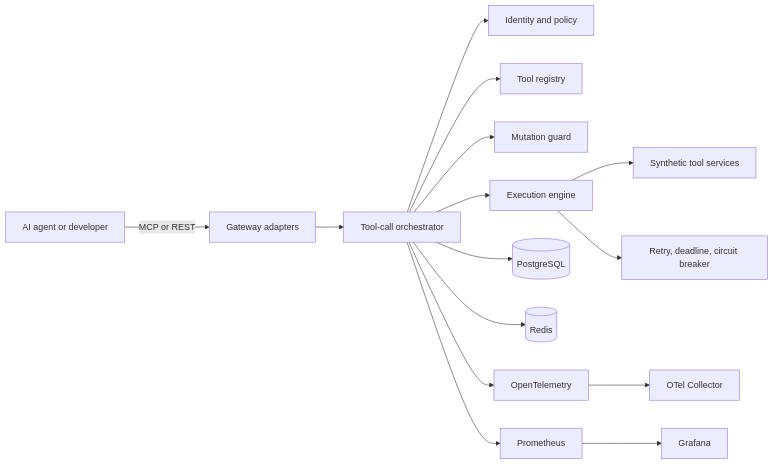
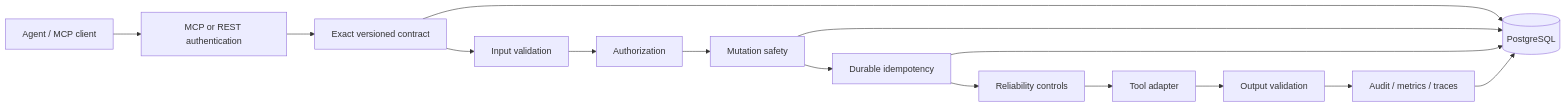
One commit to ernest-adjetey/SentinelMCP changed the diagram in README.md. Above: the diagram before and after it, drawn with Mermaid. The commit also changed other lines of this file and 27 other files, not shown here.

````diff
--- a/README.md
+++ b/README.md
@@ -28,17 +39,17 @@
 ```mermaid
 flowchart LR
-    A[AI agent or developer] -->|MCP or REST| G[Gateway adapters]
-    G --> O[Tool-call orchestrator]
-    O --> I[Identity and policy]
-    O --> R[Tool registry]
-    O --> M[Mutation guard]
-    O --> E[Execution engine]
-    E --> T[Synthetic tool services]
-    E --> C[Retry, deadline, circuit breaker]
-    O --> P[(PostgreSQL)]
-    O --> D[(Redis)]
-    O --> OT[OpenTelemetry]
-    O --> PM[Prometheus]
-    OT --> OC[OTel Collector]
-    PM --> GR[Grafana]
+    A[Agent / MCP client] --> G[MCP or REST authentication]
+    G --> C[Exact versioned contract]
+    C --> IV[Input validation]
+    IV --> AZ[Authorization]
+    AZ --> M[Mutation safety]
+    M --> I[Durable idempotency]
+    I --> R[Reliability controls]
+    R --> T[Tool adapter]
+    T --> OV[Output validation]
+    OV --> E[Audit / metrics / traces]
+    C --> P[(PostgreSQL)]
+    M --> P
+    I --> P
+    E --> P
 ```
````
